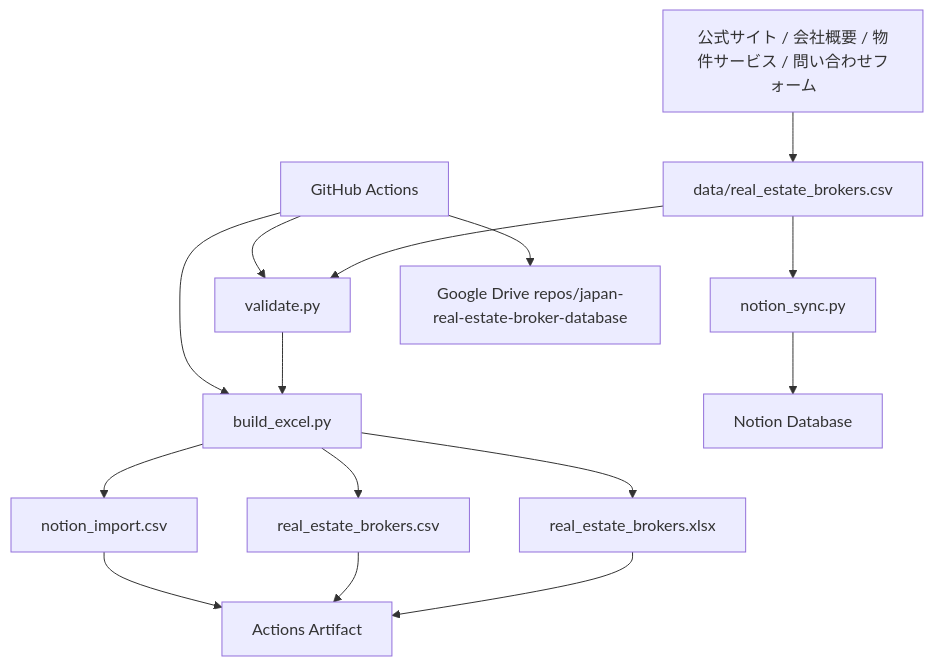
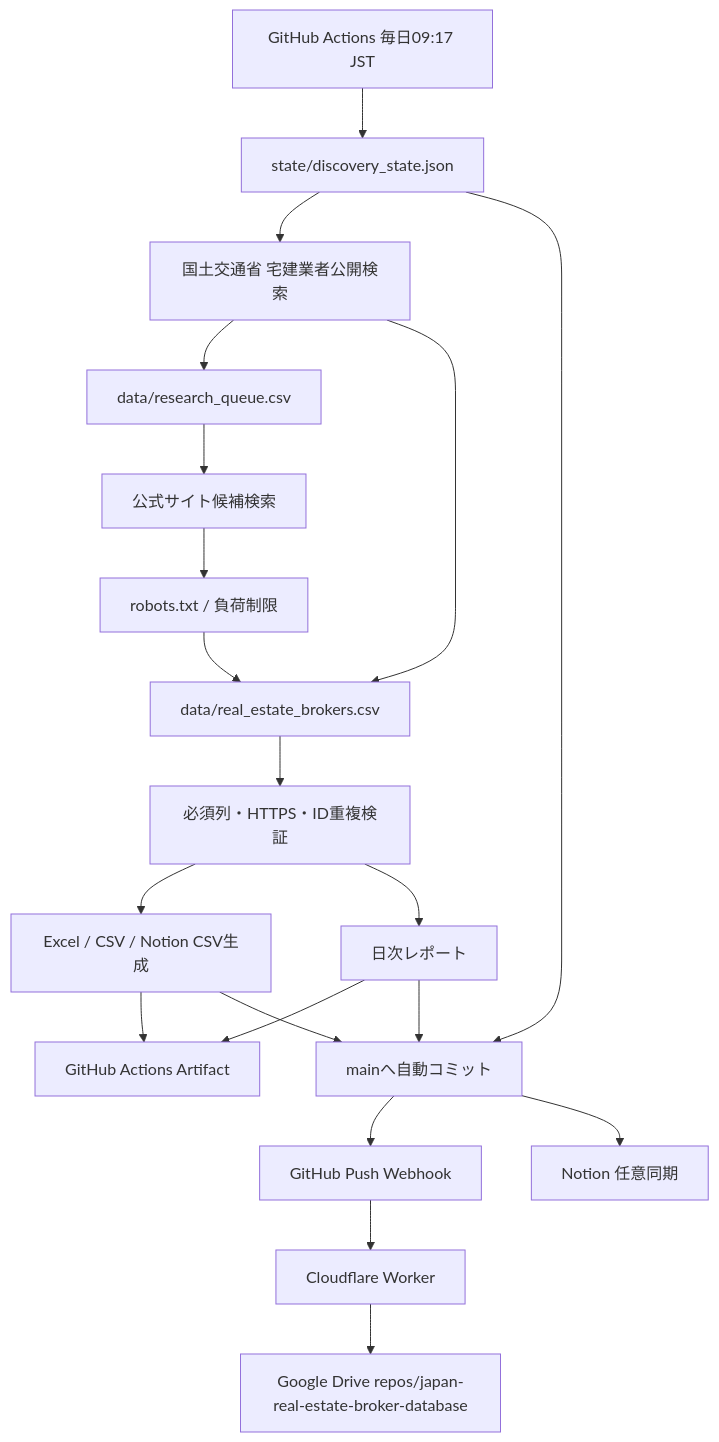
Before and after one commit to univcorp2-ctrl/japan-real-estate-broker-database: the diagram in docs/architecture.md, drawn with Mermaid. The commit also changed other lines of this file, not shown here.

Commit message:
feat: run full daily cloud discovery-to-drive pipeline

````diff
--- a/docs/architecture.md
+++ b/docs/architecture.md
@@ -7,30 +5,39 @@
 ```mermaid
 flowchart TB
-    S[公式サイト / 会社概要 / 物件サービス / 問い合わせフォーム]
-    M[data/real_estate_brokers.csv]
-    V[validate.py]
-    X[build_excel.py]
-    E[real_estate_brokers.xlsx]
-    C[real_estate_brokers.csv]
-    N[notion_import.csv]
-    API[notion_sync.py]
-    ND[Notion Database]
-    CI[GitHub Actions]
-    A[Actions Artifact]
-    GD[Google Drive repos/japan-real-estate-broker-database]
+    GH[GitHub Actions 毎日09:17 JST]
+    ST[state/discovery_state.json]
+    MLIT[国土交通省 宅建業者公開検索]
+    Q[data/research_queue.csv]
+    WEB[公式サイト候補検索]
+    ROBOTS[robots.txt / 負荷制限]
+    MASTER[data/real_estate_brokers.csv]
+    VALIDATE[必須列・HTTPS・ID重複検証]
+    EXCEL[Excel / CSV / Notion CSV生成]
+    REPORT[日次レポート]
+    COMMIT[mainへ自動コミット]
+    ARTIFACT[GitHub Actions Artifact]
+    WEBHOOK[GitHub Push Webhook]
+    CF[Cloudflare Worker]
+    DRIVE[Google Drive repos/japan-real-estate-broker-database]
+    NOTION[Notion 任意同期]
 
-    S --> M
-    M --> V
-    V --> X
-    X --> E
-    X --> C
-    X --> N
-    M --> API
-    API --> ND
-    CI --> V
-    CI --> X
-    E --> A
-    C --> A
-    N --> A
-    CI --> GD
+    GH --> ST
+    ST --> MLIT
+    MLIT --> Q
+    Q --> WEB
+    WEB --> ROBOTS
+    ROBOTS --> MASTER
+    MLIT --> MASTER
+    MASTER --> VALIDATE
+    VALIDATE --> EXCEL
+    VALIDATE --> REPORT
+    EXCEL --> ARTIFACT
+    REPORT --> ARTIFACT
+    EXCEL --> COMMIT
+    REPORT --> COMMIT
+    ST --> COMMIT
+    COMMIT --> WEBHOOK
+    WEBHOOK --> CF
+    CF --> DRIVE
+    COMMIT --> NOTION
 ```
````
